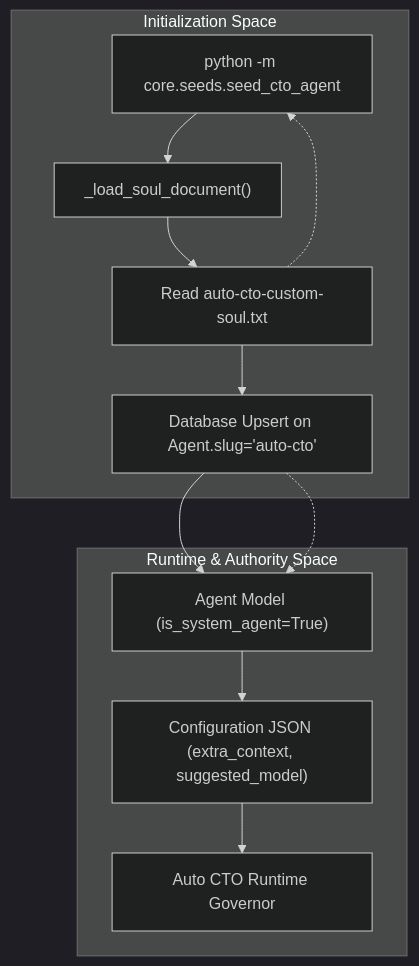
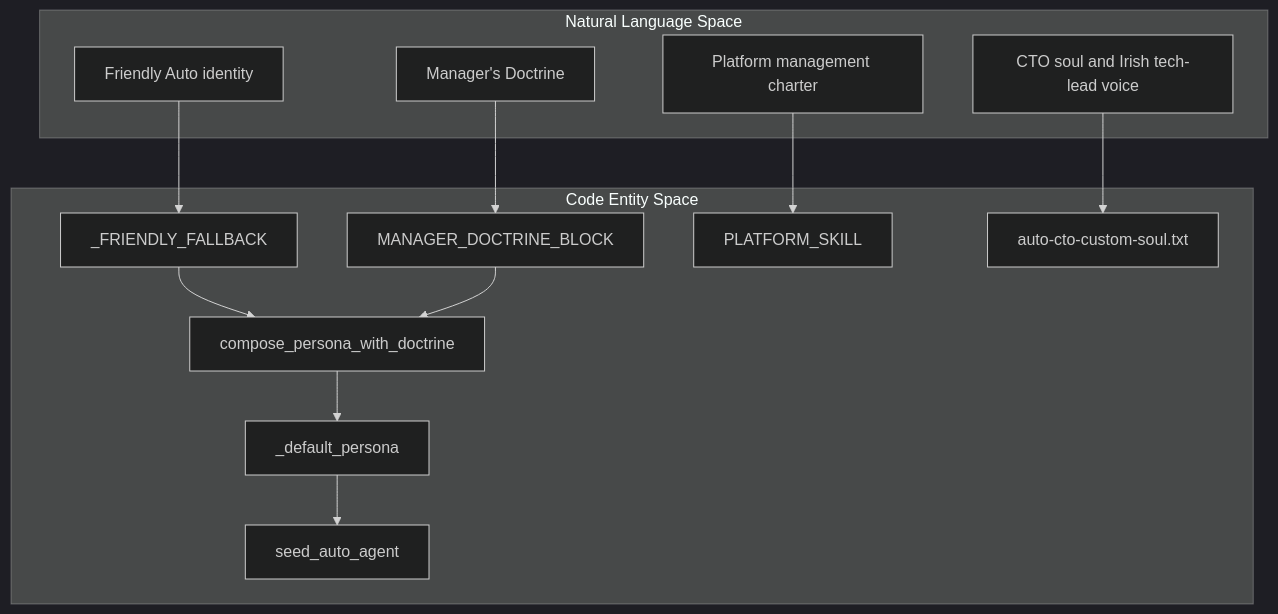
The second of 2 diagrams in docs/agents/agent-personas.md (AutomatosAI/automatos-ai), drawn with Mermaid (dark theme) before and after one commit. The commit also changed other lines of this file and 188 other files, not shown here.

First line of the commit message:
docs: refresh architecture docs and add coverage for new subsystems (#1416)

````diff
--- a/docs/agents/agent-personas.md
+++ b/docs/agents/agent-personas.md
@@ -135,17 +159,28 @@
 ```mermaid
 graph TD
-    subgraph "Initialization Space"
-        SeedRunner["python -m core.seeds.seed_cto_agent"] --> LoadSoul["_load_soul_document()"]
-        LoadSoul --> ReadTxt["Read auto-cto-custom-soul.txt"]
-        ReadTxt --> UPSERT["Database Upsert on Agent.slug='auto-cto'"]
+    subgraph "Natural Language Space"
+        NL_Voice["Friendly Auto identity"]
+        NL_Doctrine["Manager's Doctrine"]
+        NL_Skill["Platform management charter"]
+        NL_CTO["CTO soul and Irish tech-lead voice"]
     end
 
-    subgraph "Runtime & Authority Space"
-        UPSERT --> AgentModel["Agent Model (is_system_agent=True)"]
-        AgentModel --> Config["Configuration JSON (extra_context, suggested_model)"]
-        Config --> Execution["Auto CTO Runtime Governor"]
+    subgraph "Code Entity Space"
+        CE_Friendly["_FRIENDLY_FALLBACK"]
+        CE_Block["MANAGER_DOCTRINE_BLOCK"]
+        CE_Compose["compose_persona_with_doctrine"]
+        CE_Default["_default_persona"]
+        CE_Seed["seed_auto_agent"]
+        CE_Skill["PLATFORM_SKILL"]
+        CE_CTO["auto-cto-custom-soul.txt"]
     end
 
-    ReadTxt -.-> SeedRunner
-    UPSERT -.-> AgentModel
+    NL_Voice --> CE_Friendly
+    NL_Doctrine --> CE_Block
+    CE_Friendly --> CE_Compose
+    CE_Block --> CE_Compose
+    CE_Compose --> CE_Default
+    CE_Default --> CE_Seed
+    NL_Skill --> CE_Skill
+    NL_CTO --> CE_CTO
 ```
````
